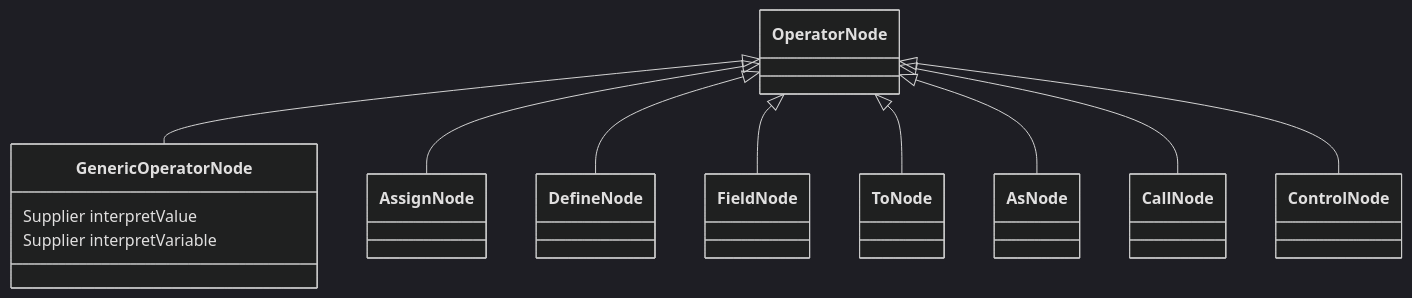
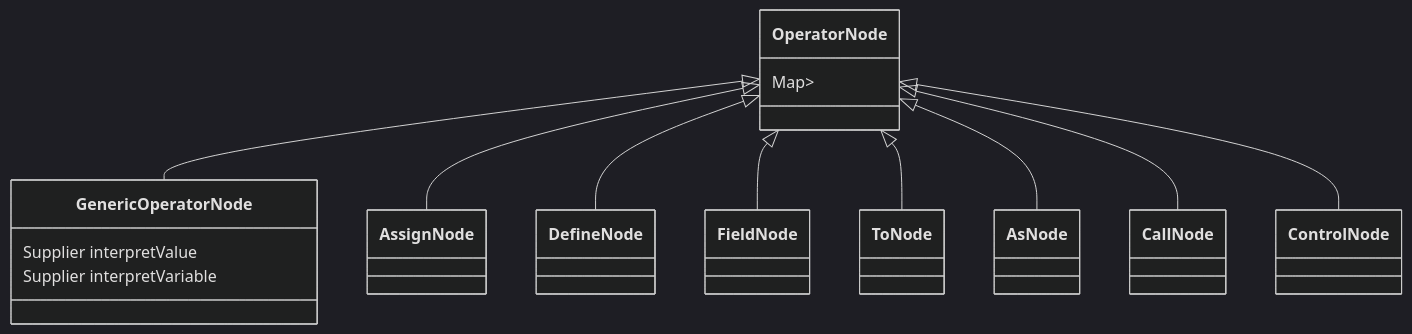
One commit to Jzhyang1/Monomer changed the third of 5 diagrams in Implementation.md. Above: the diagram before and after it, drawn with Mermaid (dark theme). The commit also changed other lines of this file, not shown here.

````diff
--- a/Implementation.md
+++ b/Implementation.md
@@ -148,14 +148,16 @@
 ```mermaid
 classDiagram
 OperatorNode <|-- GenericOperatorNode
 OperatorNode <|-- AssignNode
 OperatorNode <|-- DefineNode
 OperatorNode <|-- FieldNode
 OperatorNode <|-- ToNode
 OperatorNode <|-- AsNode
 OperatorNode <|-- CallNode
 OperatorNode <|-- ControlNode
 
+OperatorNode: Map<String,Supplier<>>
+
 GenericOperatorNode: Supplier<InterpretValue> interpretValue
 GenericOperatorNode: Supplier<InterpretVariable> interpretVariable
 ```
````
